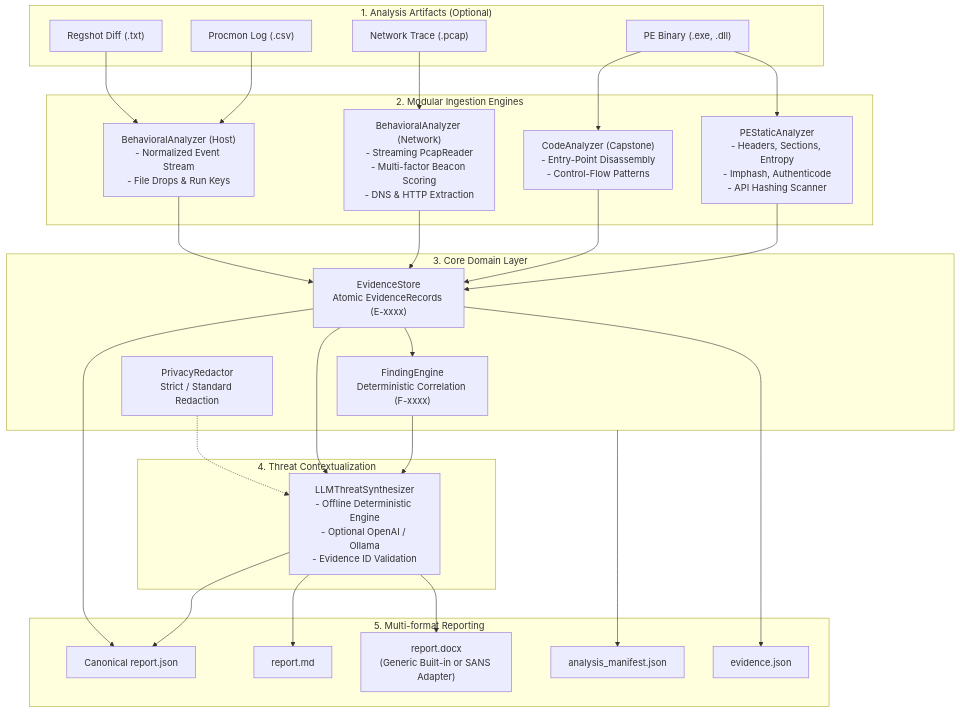
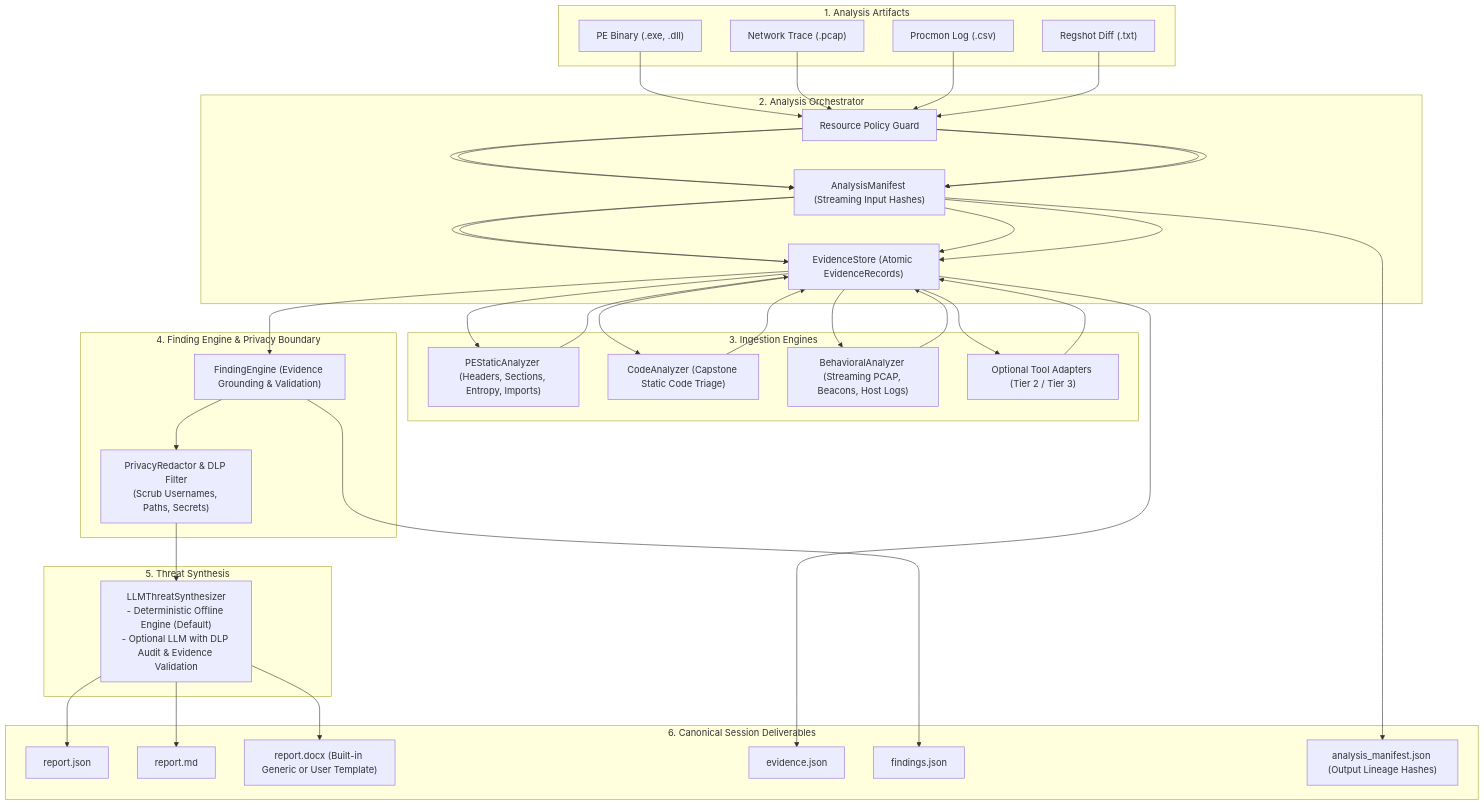
Before and after one commit to DangGPhuc/0206: the diagram in README.md, drawn with Mermaid. The commit also changed other lines of this file and 36 other files, not shown here.

Commit message:
feat: implement canonical evidence data model, CI workflow, and system diagnostics

````diff
--- a/README.md
+++ b/README.md
@@ -47,57 +71,60 @@
 ```mermaid
 flowchart TD
-    subgraph Inputs["1. Analysis Artifacts (Optional)"]
+    subgraph Inputs["1. Analysis Artifacts"]
         PE["PE Binary (.exe, .dll)"]
         PCAP["Network Trace (.pcap)"]
         PROCMON["Procmon Log (.csv)"]
         REGSHOT["Regshot Diff (.txt)"]
     end
 
-    subgraph Analyzers["2. Modular Ingestion Engines"]
-        PEA["PEStaticAnalyzer\n- Headers, Sections, Entropy\n- Imphash, Authenticode\n- API Hashing Scanner"]
-        DIS["CodeAnalyzer (Capstone)\n- Entry-Point Disassembly\n- Control-Flow Patterns"]
-        NET["BehavioralAnalyzer (Network)\n- Streaming PcapReader\n- Multi-factor Beacon Scoring\n- DNS & HTTP Extraction"]
-        HOST["BehavioralAnalyzer (Host)\n- Normalized Event Stream\n- File Drops & Run Keys"]
+    subgraph Orchestrator["2. Analysis Orchestrator"]
+        RP["Resource Policy Guard"]
+        MAN["AnalysisManifest (Streaming Input Hashes)"]
+        ES["EvidenceStore (Atomic EvidenceRecords)"]
     end
 
-    subgraph CoreLayer["3. Core Domain Layer"]
-        ES["EvidenceStore\nAtomic EvidenceRecords (E-xxxx)"]
-        FE["FindingEngine\nDeterministic Correlation (F-xxxx)"]
-        PR["PrivacyRedactor\nStrict / Standard Redaction"]
+    subgraph Analyzers["3. Ingestion Engines"]
+        PEA["PEStaticAnalyzer (Headers, Sections, Entropy, Imports)"]
+        DIS["CodeAnalyzer (Capstone Static Code Triage)"]
+        BEH["BehavioralAnalyzer (Streaming PCAP, Beacons, Host Logs)"]
+        ADAPT["Optional Tool Adapters (Tier 2 / Tier 3)"]
     end
 
-    subgraph AIEnrichment["4. Threat Contextualization"]
-        AI["LLMThreatSynthesizer\n- Offline Deterministic Engine\n- Optional OpenAI / Ollama\n- Evidence ID Validation"]
+    subgraph Correlation["4. Finding Engine & Privacy Boundary"]
+        FE["FindingEngine (Evidence Grounding & Validation)"]
+        DLP["PrivacyRedactor & DLP Filter\n(Scrub Usernames, Paths, Secrets)"]
     end
 
-    subgraph Deliverables["5. Multi-format Reporting"]
-        REP_JSON["Canonical report.json"]
-        REP_MD["report.md"]
-        REP_DOCX["report.docx\n(Generic Built-in or SANS Adapter)"]
-        MANIFEST["analysis_manifest.json"]
-        EV_STORE["evidence.json"]
+    subgraph Synthesis["5. Threat Synthesis"]
+        AI["LLMThreatSynthesizer\n- Deterministic Offline Engine (Default)\n- Optional LLM with DLP Audit & Evidence Validation"]
     end
 
-    PE --> PEA
-    PE --> DIS
-    PCAP --> NET
-    PROCMON --> HOST
-    REGSHOT --> HOST
+    subgraph Deliverables["6. Canonical Session Deliverables"]
+        REP_JSON["report.json"]
+        REP_MD["report.md"]
+        REP_DOCX["report.docx (Built-in Generic or User Template)"]
+        EV_STORE["evidence.json"]
+        FIND_CAT["findings.json"]
+        AUD_MAN["analysis_manifest.json (Output Lineage Hashes)"]
+    end
 
-    PEA --> ES
-    DIS --> ES
-    NET --> ES
-    HOST --> ES
+    PE --> RP --> MAN --> ES
+    PCAP --> RP --> MAN --> ES
+    PROCMON --> RP --> MAN --> ES
+    REGSHOT --> RP --> MAN --> ES
+
+    ES --> PEA --> ES
+    ES --> DIS --> ES
+    ES --> BEH --> ES
+    ES --> ADAPT --> ES
 
     ES --> FE
-    FE --> AI
-    ES --> AI
-    PR -.-> AI
-
+    FE --> DLP
+    DLP --> AI
     AI --> REP_JSON
     AI --> REP_MD
     AI --> REP_DOCX
-    ES --> REP_JSON
     ES --> EV_STORE
-    CoreLayer --> MANIFEST
+    FE --> FIND_CAT
+    MAN --> AUD_MAN
 ```
````
